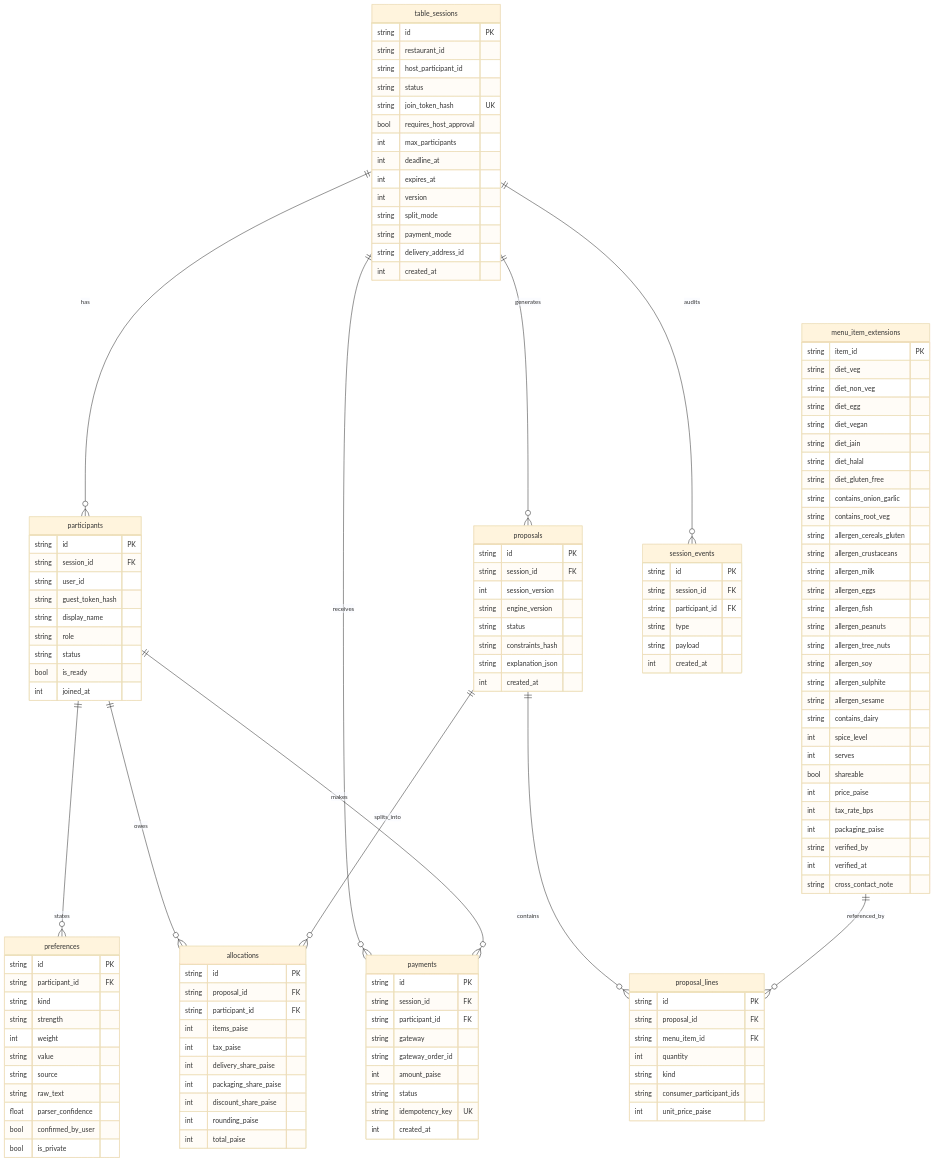
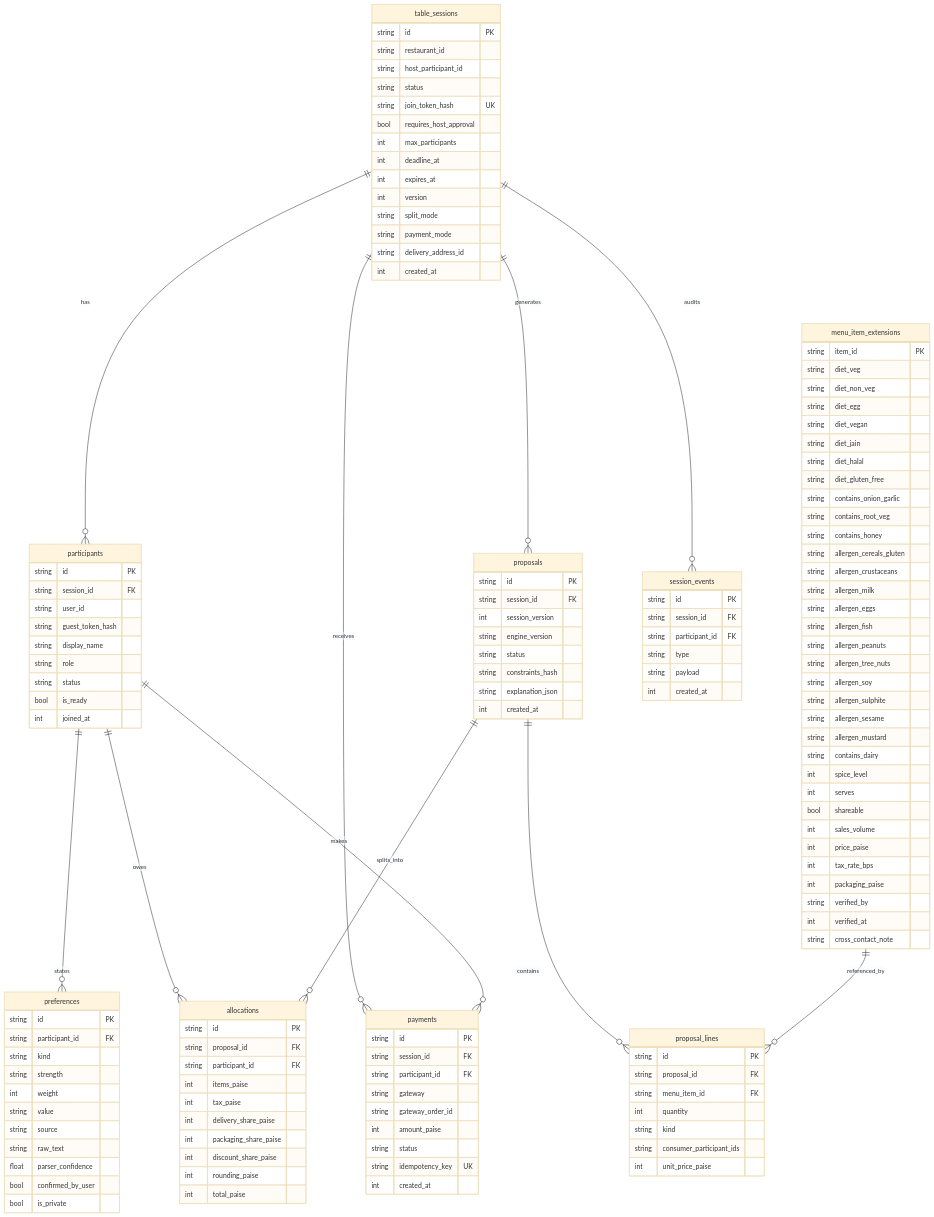
Before and after one commit to harsh567work-patel/Hotel_Managment_using_LangGragh: the diagram in docs/table-split/DATA_MODEL.md, drawn with Mermaid (base theme). The commit also changed other lines of this file and 18 other files, not shown here.

```diff
--- a/docs/table-split/DATA_MODEL.md
+++ b/docs/table-split/DATA_MODEL.md
@@ -55,6 +56,7 @@
         string diet_gluten_free
         string contains_onion_garlic
         string contains_root_veg
+        string contains_honey
         string allergen_cereals_gluten
         string allergen_crustaceans
         string allergen_milk
@@ -65,10 +67,12 @@
         string allergen_soy
         string allergen_sulphite
         string allergen_sesame
+        string allergen_mustard
         string contains_dairy
         int spice_level
         int serves
         bool shareable
+        int sales_volume
         int price_paise
         int tax_rate_bps
         int packaging_paise
```
